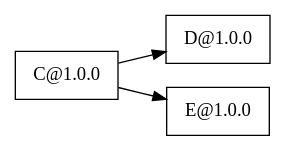
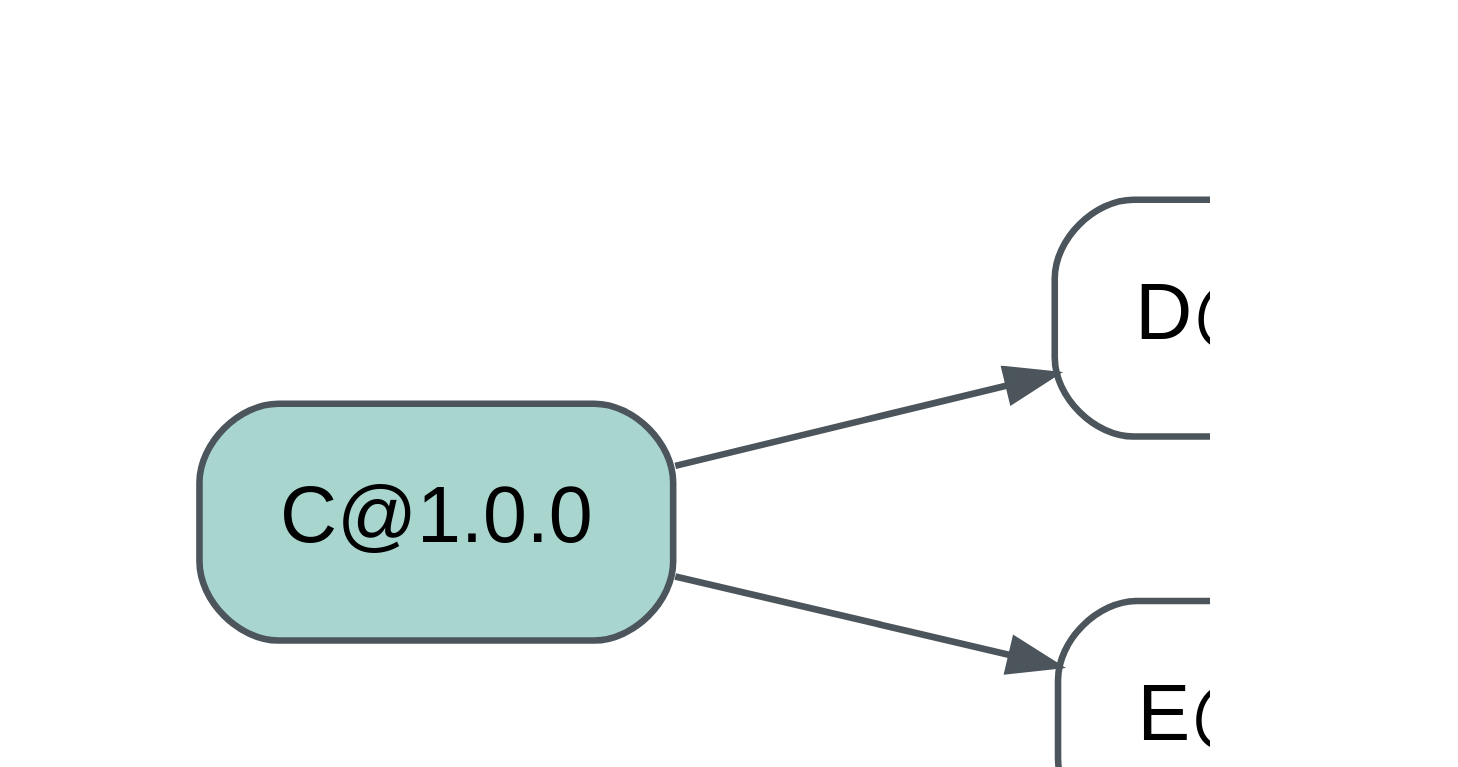
Before and after one commit to dar5win/MIKHAILOV-YAROSLAV-IKBO-12-25-2-PRACTICE: the diagram in examples/C.dot, drawn with Graphviz. The commit also changed 17 other files, not shown here.

Commit message:
feat(render): generate PNG graphs and open images outside the browser

```diff
--- a/examples/C.dot
+++ b/examples/C.dot
@@ -1,9 +1,11 @@
 digraph Dependencies {
   rankdir=LR;
-  node [shape=box];
-  "C@1.0.0";
+  graph [bgcolor="white", pad="0.4", nodesep="0.35", ranksep="0.8", dpi=160];
+  node [shape=box, style="rounded,filled", fillcolor="white", color="#4b555b", fontname="Arial", fontsize=12, margin="0.16,0.10"];
+  edge [color="#4b555b", arrowsize=0.7];
+  "C@1.0.0" [fillcolor="#a8d6ce"];
   "C@1.0.0" -> "D@1.0.0";
   "C@1.0.0" -> "E@1.0.0";
   "D@1.0.0";
   "E@1.0.0";
 }
```
